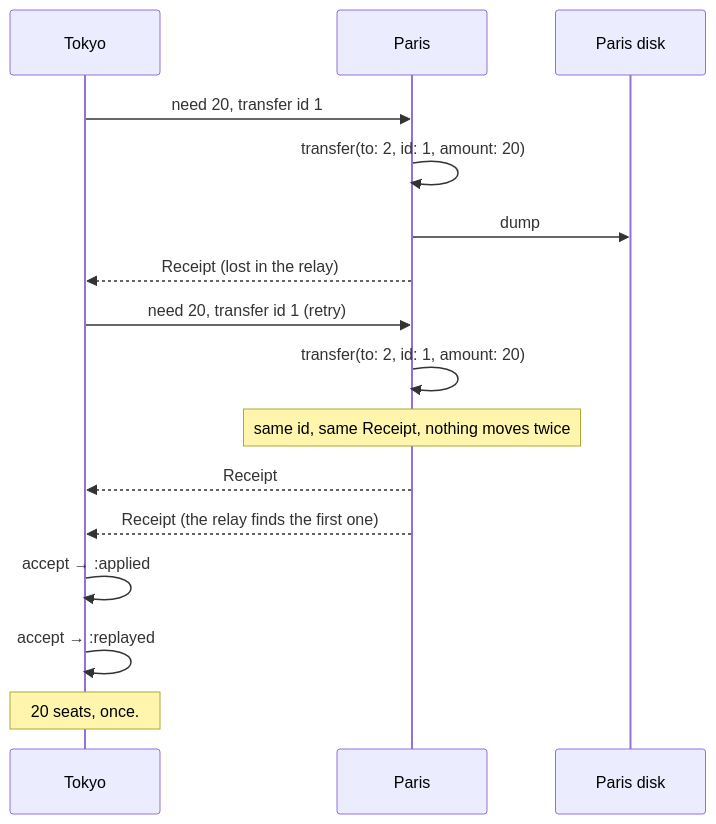
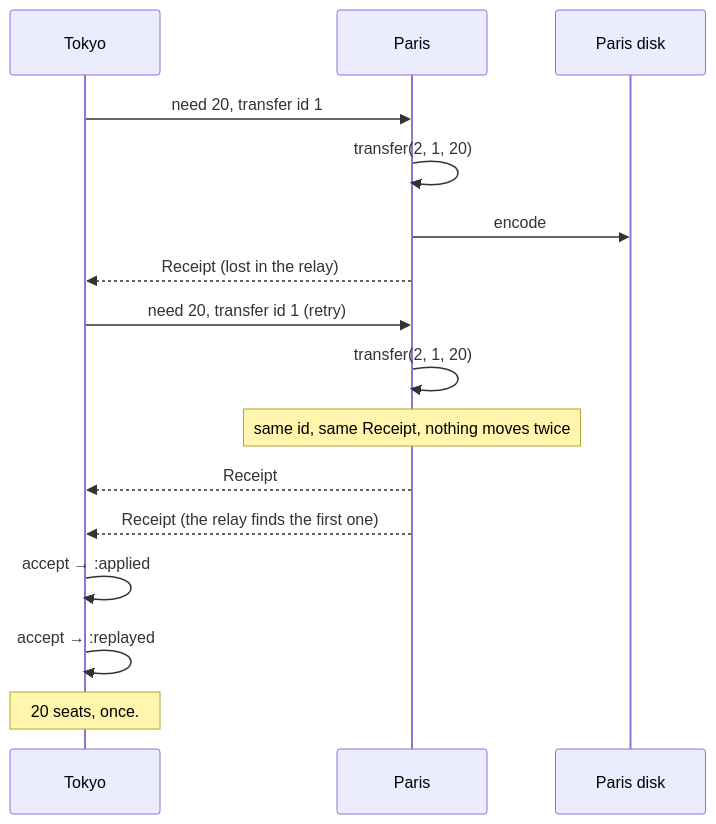
The second of 2 diagrams in README.md (seuros/escrow_machines), drawn with Mermaid before and after one commit. The commit also changed other lines of this file and 10 other files, not shown here.

````diff
--- a/README.md
+++ b/README.md
@@ -76,21 +76,21 @@
 ```mermaid
 sequenceDiagram
     participant T as Tokyo
     participant P as Paris
     participant D as Paris disk
 
     T->>P: need 20, transfer id 1
-    P->>P: transfer(to: 2, id: 1, amount: 20)
-    P->>D: dump
+    P->>P: transfer(2, 1, 20)
+    P->>D: encode
     P-->>T: Receipt (lost in the relay)
 
     T->>P: need 20, transfer id 1 (retry)
-    P->>P: transfer(to: 2, id: 1, amount: 20)
+    P->>P: transfer(2, 1, 20)
     Note over P: same id, same Receipt, nothing moves twice
     P-->>T: Receipt
     P-->>T: Receipt (the relay finds the first one)
 
     T->>T: accept → :applied
     T->>T: accept → :replayed
     Note over T: 20 seats, once.
 ```
````
